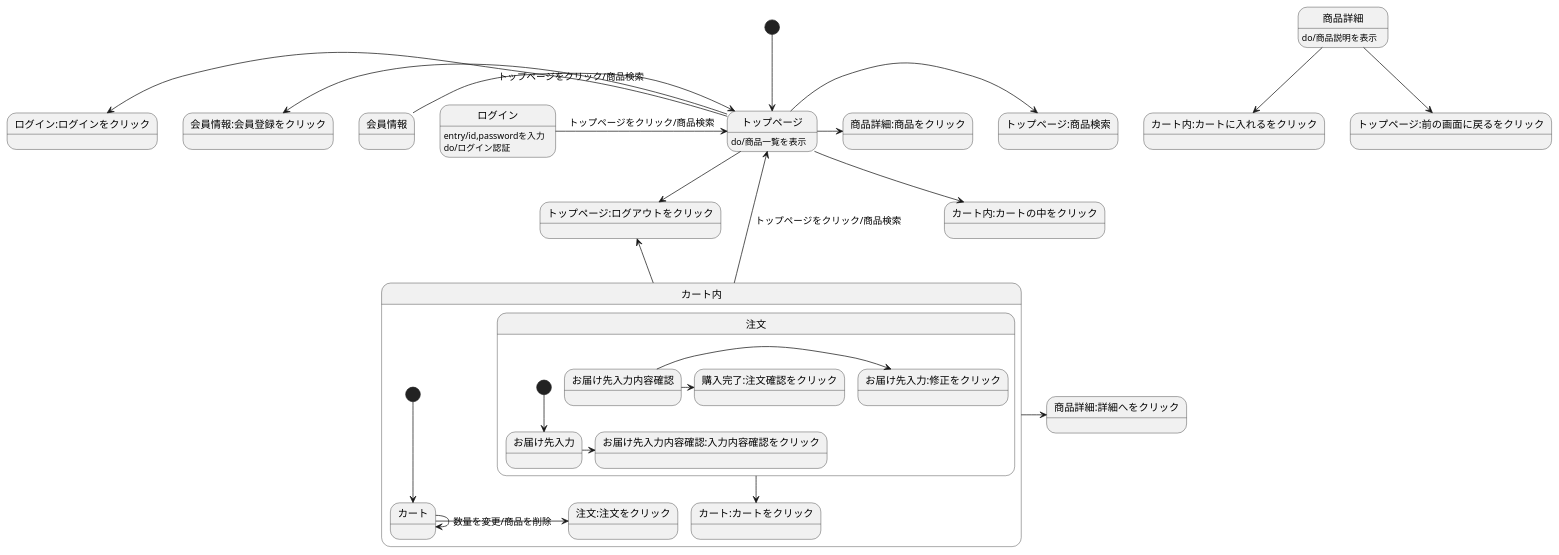
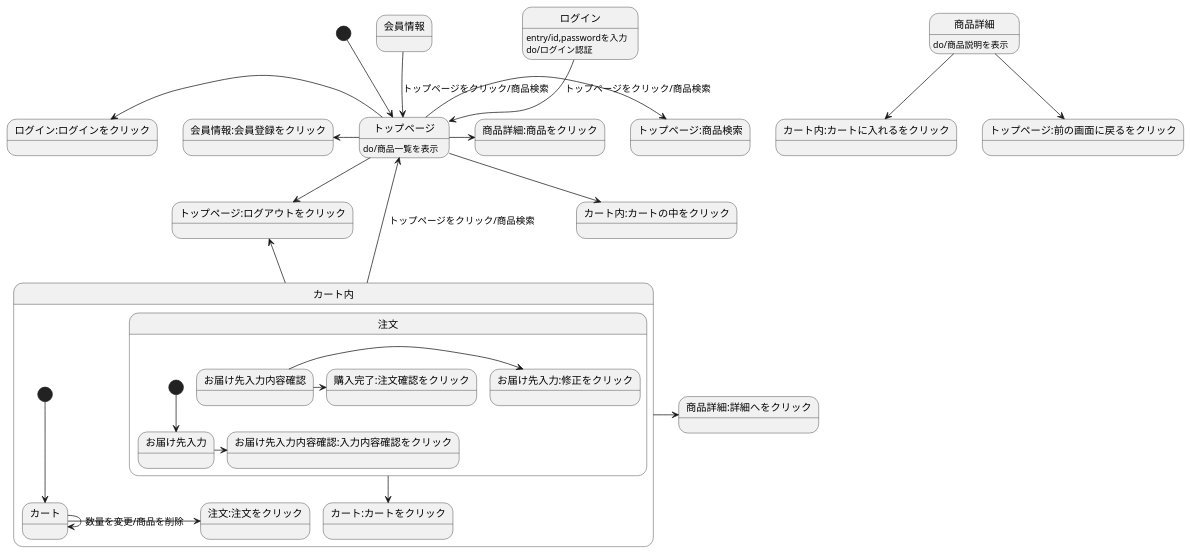
One commit to Aso2001371/2021sys-design changed the diagram in 画面遷移図.md. Above: the diagram before and after it, drawn with PlantUML.

````diff
--- a/画面遷移図.md
+++ b/画面遷移図.md
@@ -1,35 +1,35 @@
 ```uml
 @startuml
 [*] --> トップページ
-会員情報 -> トップページ : トップページをクリック/商品検索
-ログイン -> トップページ : トップページをクリック/商品検索
+会員情報 --> トップページ : トップページをクリック/商品検索
+ログイン --> トップページ : トップページをクリック/商品検索
 ログイン:entry/id,passwordを入力
 ログイン:do/ログイン認証
 トップページ-->トップページ:ログアウトをクリック
 トップページ->トップページ:商品検索
 トップページ->商品詳細:商品をクリック
-トップページ-left->会員情報:会員登録をクリック
-トップページ-left->ログイン:ログインをクリック
+トップページ -left->会員情報:会員登録をクリック
+トップページ -left->ログイン:ログインをクリック
 トップページ-->カート内:カートの中をクリック
 トップページ:do/商品一覧を表示
 商品詳細-->カート内:カートに入れるをクリック
 商品詳細-->トップページ:前の画面に戻るをクリック
 商品詳細:do/商品説明を表示
-カート内-up->トップページ:トップページをクリック/商品検索
-カート内-up->トップページ:ログアウトをクリック
+カート内 -up->トップページ:トップページをクリック/商品検索
+カート内 -up->トップページ:ログアウトをクリック
 カート内->商品詳細:詳細へをクリック
 
 state カート内{
 [*]-->カート
 カート->注文:注文をクリック
 カート->カート:数量を変更/商品を削除
 注文-->カート:カートをクリック
 state 注文{
 [*]-->お届け先入力
 お届け先入力->お届け先入力内容確認:入力内容確認をクリック
 お届け先入力内容確認->お届け先入力:修正をクリック
 お届け先入力内容確認->購入完了:注文確認をクリック
 }
 }
 @enduml
 ```
````
